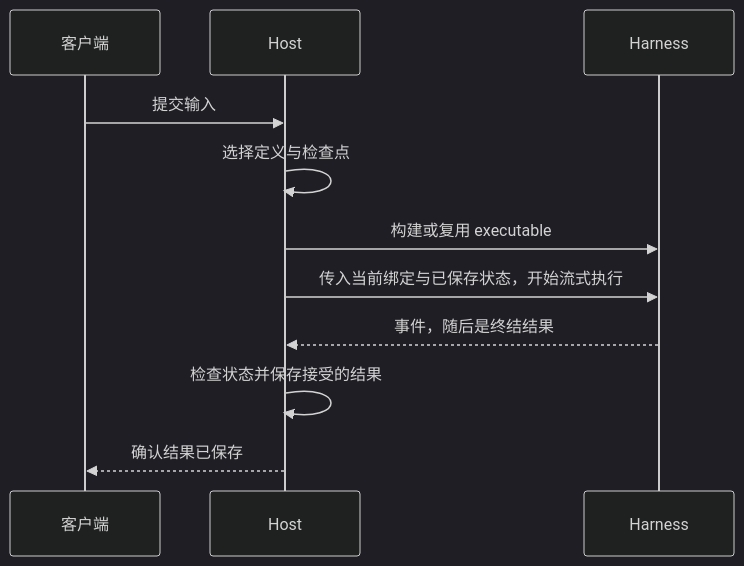
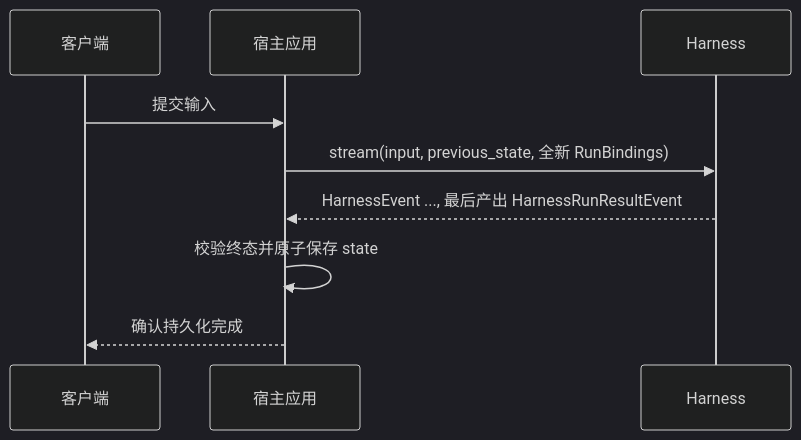
The diagram in docs/a13n-harness/hosting.zh-CN.md (converge-ai-labs/agent-foundation), drawn with Mermaid (dark theme) before and after one commit. The commit also changed other lines of this file and 105 other files, not shown here.

Commit message:
docs(guides): restructure bilingual guides around user workflows and verify schemas

````diff
--- a/docs/a13n-harness/hosting.zh-CN.md
+++ b/docs/a13n-harness/hosting.zh-CN.md
@@ -25,16 +8,11 @@
 ```mermaid
 sequenceDiagram
     participant Client as 客户端
-    participant Host
+    participant Host as 宿主应用
     participant Harness
     Client->>Host: 提交输入
-    Host->>Host: 选择定义与检查点
-    Host->>Harness: 构建或复用 executable
-    Host->>Harness: 传入当前绑定与已保存状态，开始流式执行
-    Harness-->>Host: 事件，随后是终结结果
-    Host->>Host: 检查状态并保存接受的结果
-    Host-->>Client: 确认结果已保存
-
-    %% class Client,Host app
-    %% class Harness a13n
+    Host->>Harness: stream(input, previous_state, 全新 RunBindings)
+    Harness-->>Host: HarnessEvent ..., 最后产出 HarnessRunResultEvent
+    Host->>Host: 校验终态并原子保存 state
+    Host-->>Client: 确认持久化完成
 ```
````
